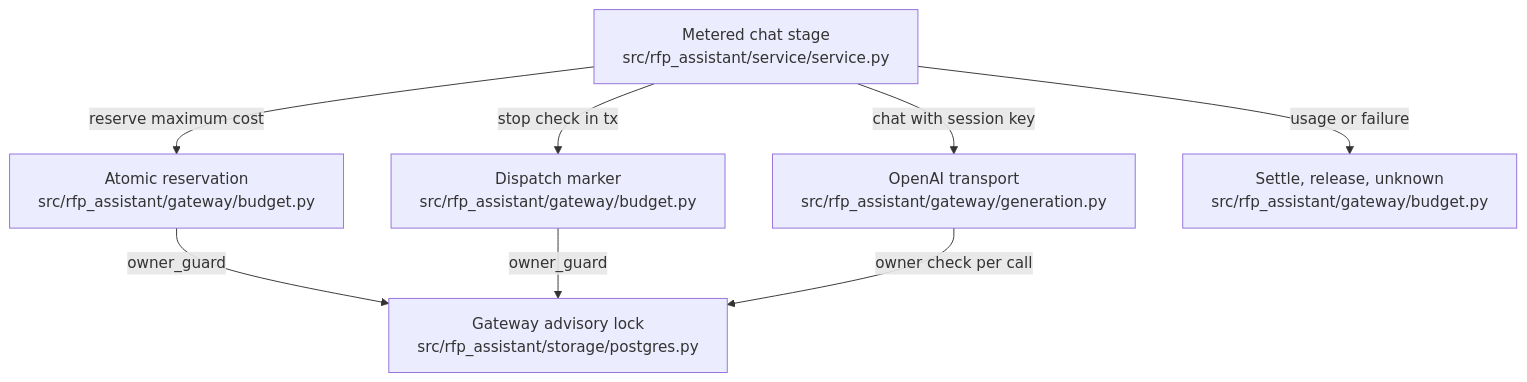
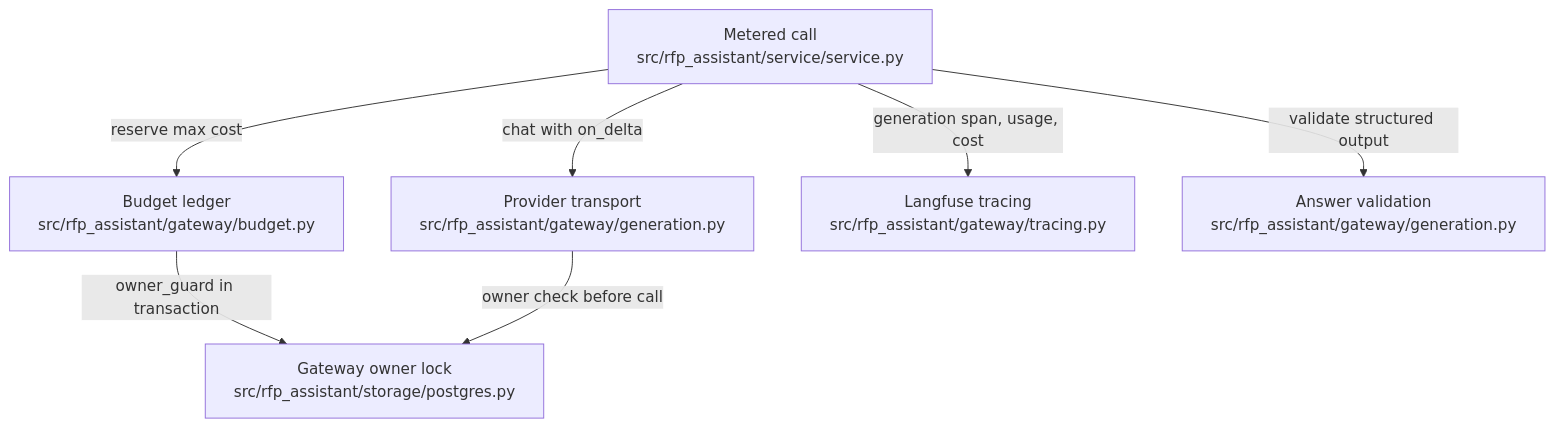
One commit to littleeeeebit/project-codeit-mid changed the diagram in .omm/overall-architecture/paid-gateway/diagram.mmd. Above: the diagram before and after it, drawn with Mermaid. The commit also changed 260 other files, not shown here.

Commit message:
Refresh wiki and architecture before merge

```diff
--- a/.omm/overall-architecture/paid-gateway/diagram.mmd
+++ b/.omm/overall-architecture/paid-gateway/diagram.mmd
@@ -1,8 +1,7 @@
 graph TD
-  metered-chat["Metered chat stage\nsrc/rfp_assistant/service/service.py"] -->|"reserve maximum cost"| budget-reserve["Atomic reservation\nsrc/rfp_assistant/gateway/budget.py"]
-  metered-chat -->|"stop check in tx"| dispatch-guard["Dispatch marker\nsrc/rfp_assistant/gateway/budget.py"]
-  budget-reserve -->|"owner_guard"| gateway-owner["Gateway advisory lock\nsrc/rfp_assistant/storage/postgres.py"]
-  dispatch-guard -->|"owner_guard"| gateway-owner
-  metered-chat -->|"chat with session key"| openai-transport["OpenAI transport\nsrc/rfp_assistant/gateway/generation.py"]
-  openai-transport -->|"owner check per call"| gateway-owner
-  metered-chat -->|"usage or failure"| settlement["Settle, release, unknown\nsrc/rfp_assistant/gateway/budget.py"]
+  metered-call["Metered call\nsrc/rfp_assistant/service/service.py"] -->|"reserve max cost"| budget-ledger["Budget ledger\nsrc/rfp_assistant/gateway/budget.py"]
+  metered-call -->|"chat with on_delta"| provider-transport["Provider transport\nsrc/rfp_assistant/gateway/generation.py"]
+  budget-ledger -->|"owner_guard in transaction"| gateway-owner["Gateway owner lock\nsrc/rfp_assistant/storage/postgres.py"]
+  provider-transport -->|"owner check before call"| gateway-owner
+  metered-call -->|"generation span, usage, cost"| langfuse-tracing["Langfuse tracing\nsrc/rfp_assistant/gateway/tracing.py"]
+  metered-call -->|"validate structured output"| answer-validation["Answer validation\nsrc/rfp_assistant/gateway/generation.py"]
```
